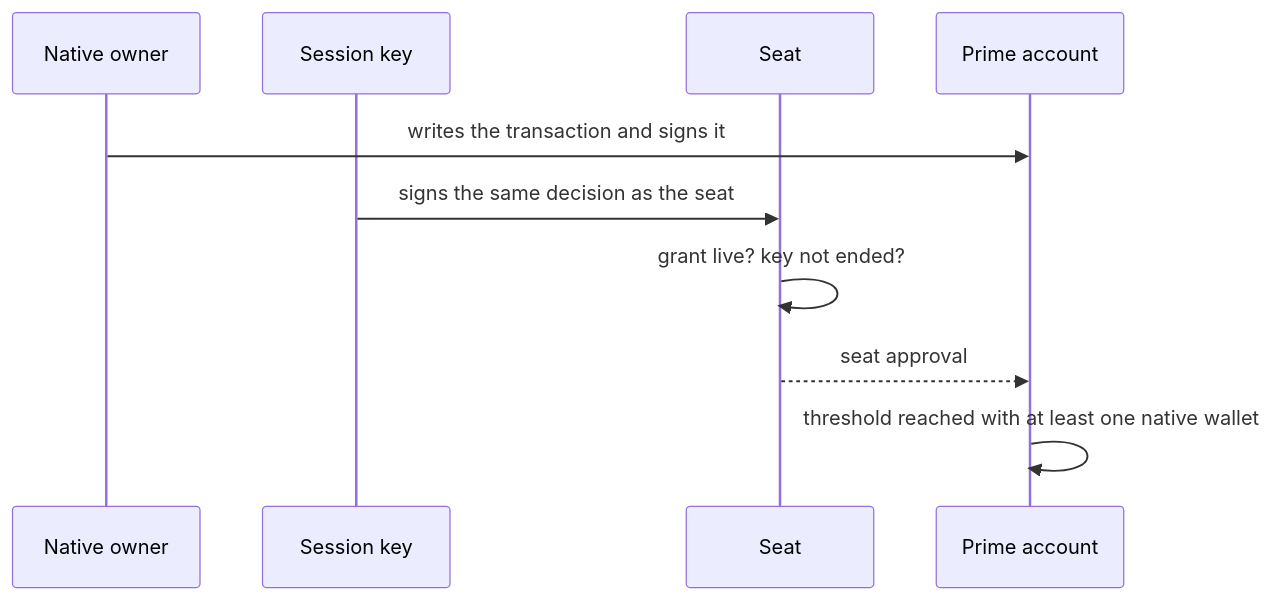
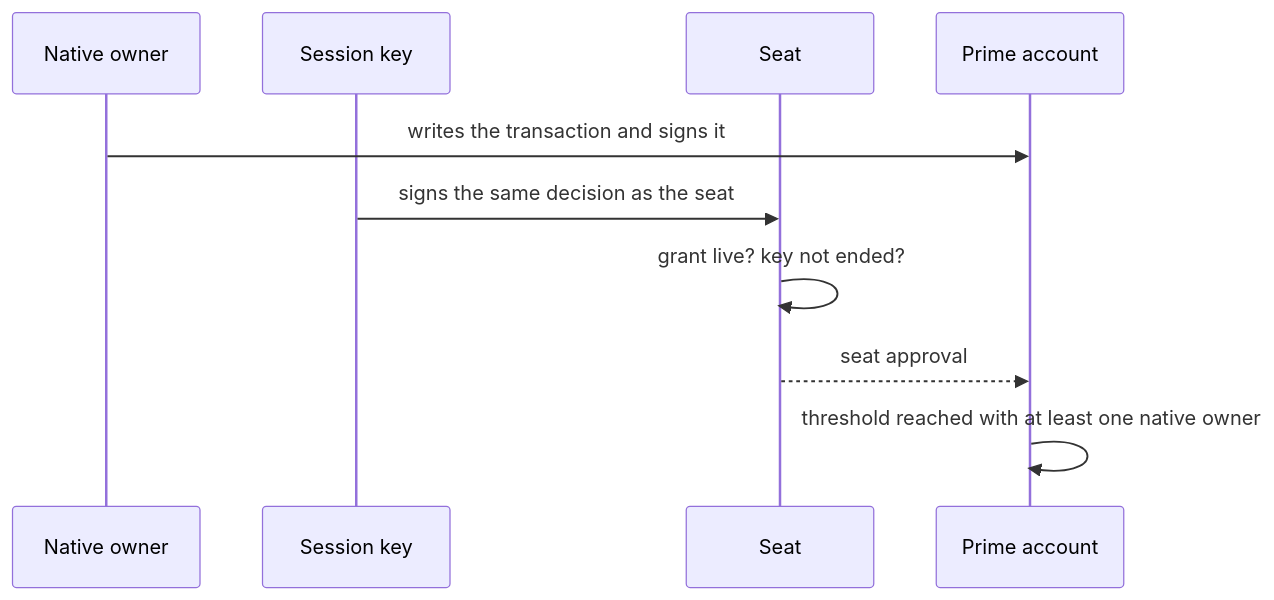
Before and after one commit to untangledfinance/oz-policy-builder: the sixth of 6 diagrams in docs/architecture.md, drawn with Mermaid. The commit also changed other lines of this file and 15 other files, not shown here.

````diff
--- a/docs/architecture.md
+++ b/docs/architecture.md
@@ -229,12 +203,12 @@
 ```mermaid
 sequenceDiagram
   participant N as Native owner
   participant K as Session key
   participant S as Seat
   participant P as Prime account
   N->>P: writes the transaction and signs it
   K->>S: signs the same decision as the seat
   S->>S: grant live? key not ended?
   S-->>P: seat approval
-  P->>P: threshold reached with at least one native wallet
+  P->>P: threshold reached with at least one native owner
 ```
````
